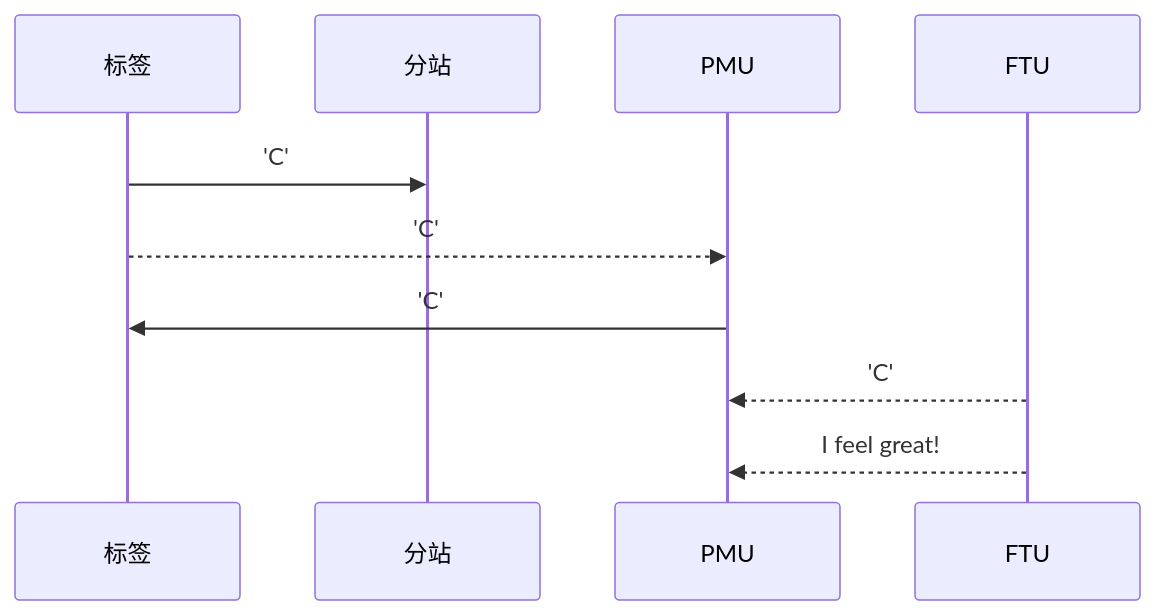
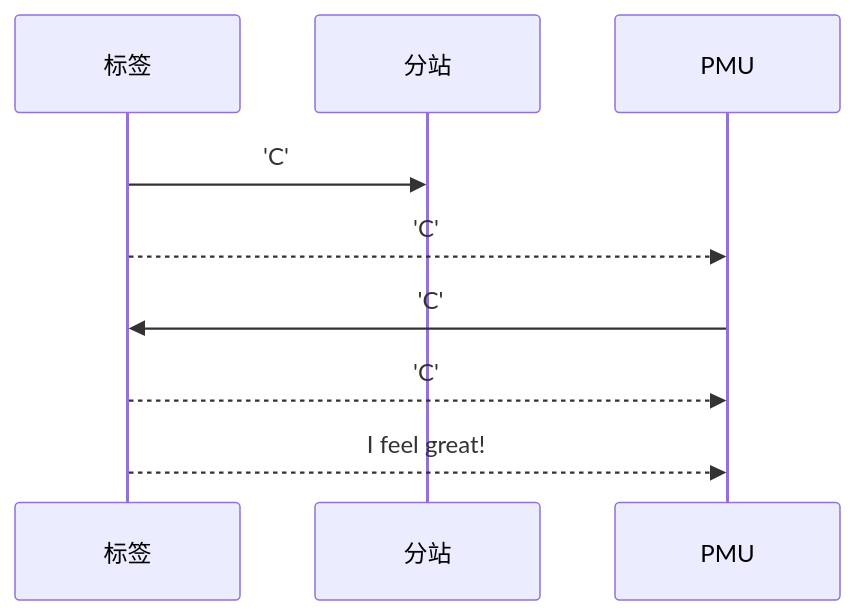
Before and after one commit to geek-zhao/iodraw-files: the diagram in all/未命名.md, drawn with Mermaid.

Commit message:
2024-08-17 13:53:21 update

````diff
--- a/all/未命名.md
+++ b/all/未命名.md
@@ -1,9 +1,9 @@
 ```mermaid
 sequenceDiagram
     标签->>分站: 'C'
     标签-->>PMU: 'C'
     PMU->>标签: 'C'
-    FTU-->>PMU: 'C'
-    FTU-->>PMU: I feel great!
+    标签-->>PMU: 'C'
+    标签-->>PMU: I feel great!
             
 ```
````
